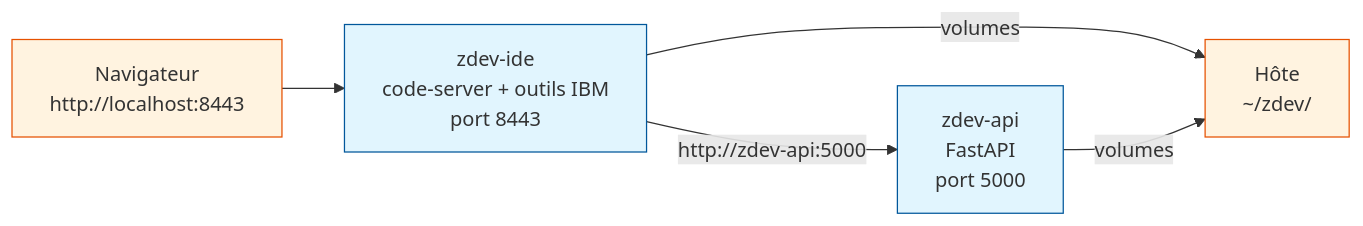
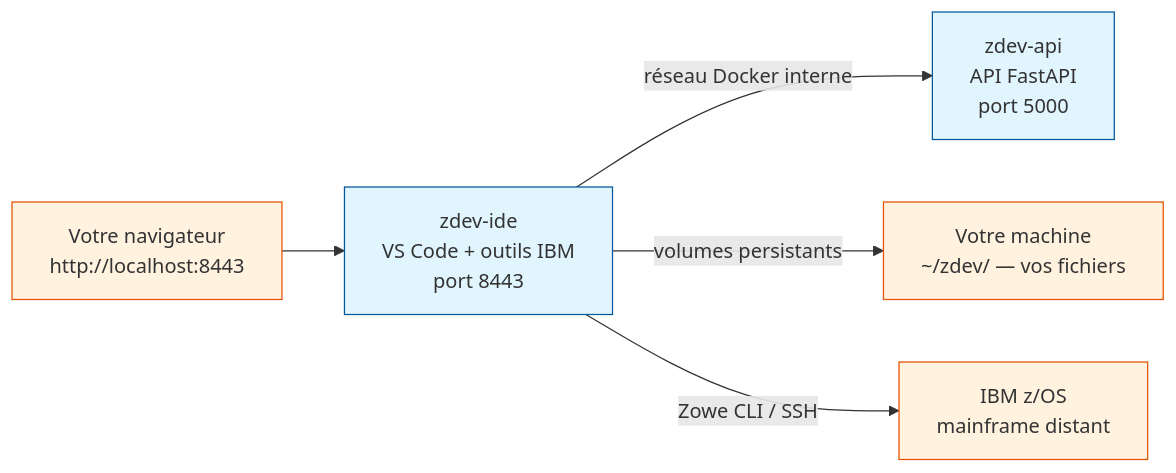
Before and after one commit to namnetes/zdev: the diagram in docs/index.md, drawn with Mermaid. The commit also changed other lines of this file and 13 other files, not shown here.

````diff
--- a/docs/index.md
+++ b/docs/index.md
@@ -55,17 +14,18 @@
 ```mermaid
 flowchart LR
-    browser["Navigateur\nhttp://localhost:8443"]
-    ide["zdev-ide\ncode-server + outils IBM\nport 8443"]
-    api["zdev-api\nFastAPI\nport 5000"]
-    host["Hôte\n~/zdev/"]
+    browser["Votre navigateur\nhttp://localhost:8443"]
+    ide["zdev-ide\nVS Code + outils IBM\nport 8443"]
+    api["zdev-api\nAPI FastAPI\nport 5000"]
+    host["Votre machine\n~/zdev/ — vos fichiers"]
+    zos["IBM z/OS\nmainframe distant"]
 
     browser --> ide
-    ide -- "http://zdev-api:5000" --> api
-    ide -- "volumes" --> host
-    api -- "volumes" --> host
+    ide -- "réseau Docker interne" --> api
+    ide -- "volumes persistants" --> host
+    ide -- "Zowe CLI / SSH" --> zos
 
     classDef startStop fill:#e1f5fe,stroke:#01579b
     classDef data fill:#fff3e0,stroke:#e65100
-    class browser,host data
+    class browser,host,zos data
     class ide,api startStop
 ```
````
